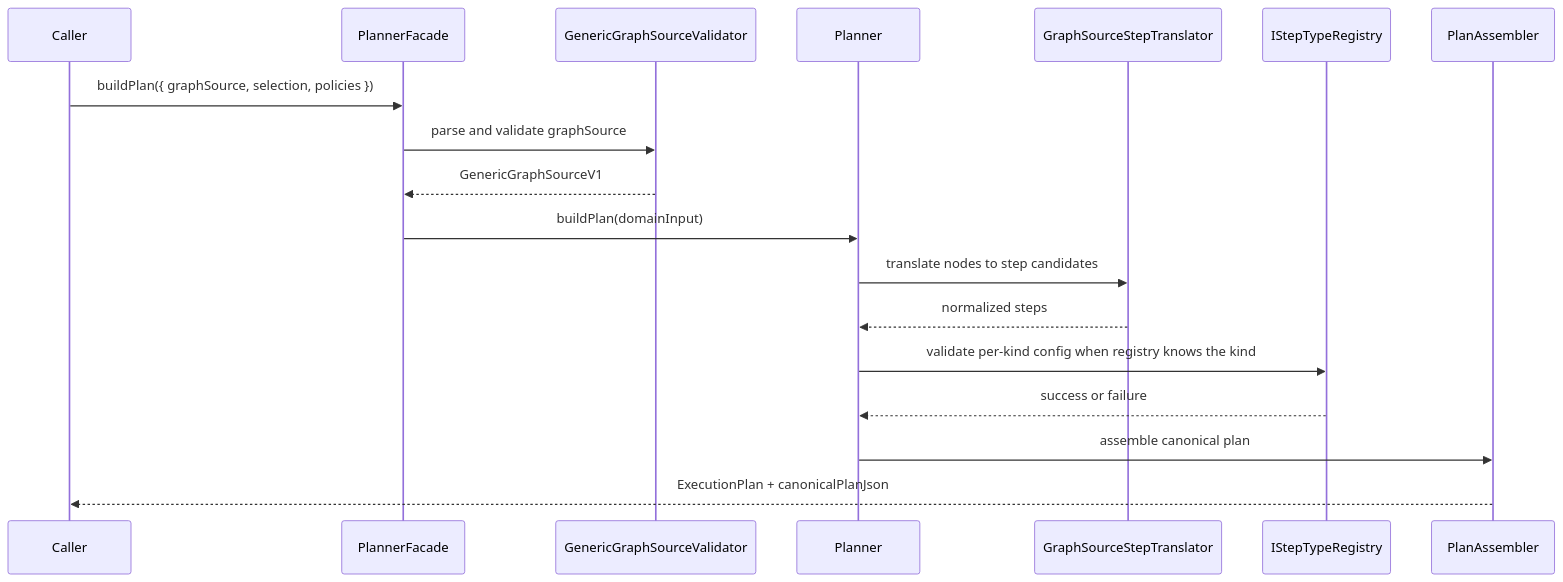
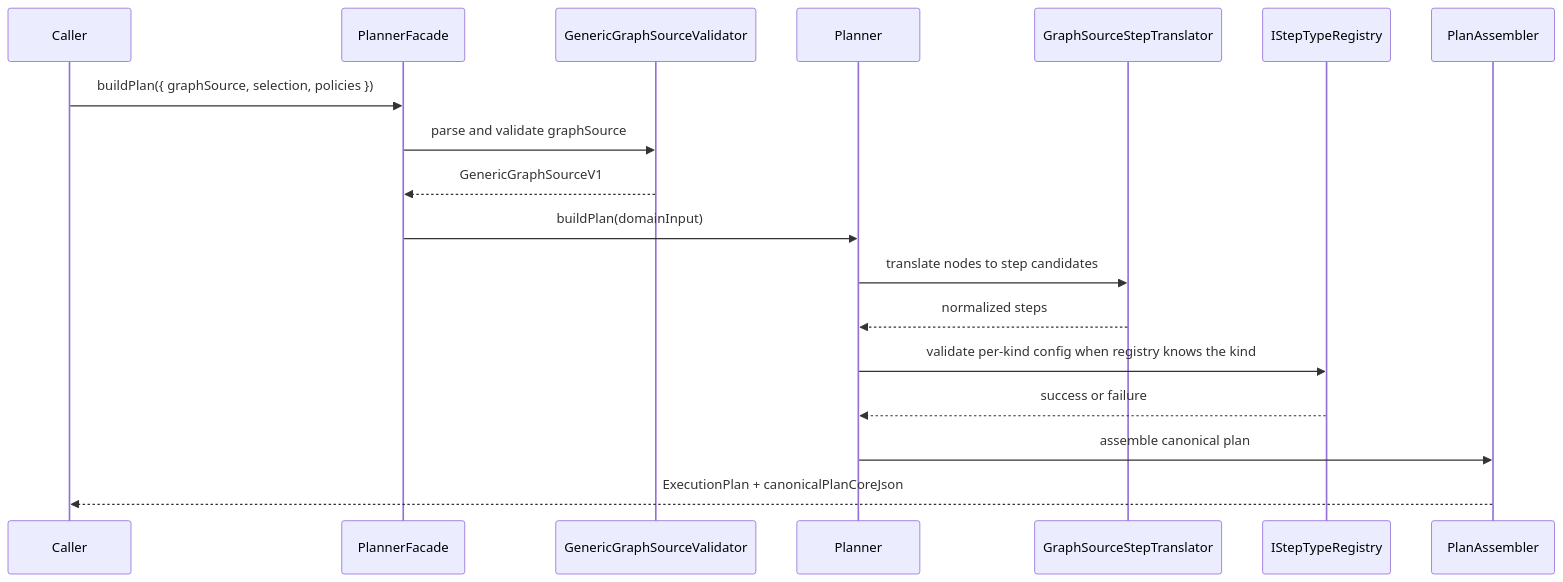
Before and after one commit to dunay2/dvt: the fourth of 5 diagrams in docs/guides/generic-graph-source-technical-manual-20260404.md, drawn with Mermaid. The commit also changed other lines of this file and 31 other files, not shown here.

Commit message:
refactor(contracts): Separate plan-core JSON from persisted plan JSON

````diff
--- a/docs/guides/generic-graph-source-technical-manual-20260404.md
+++ b/docs/guides/generic-graph-source-technical-manual-20260404.md
@@ -174,21 +174,21 @@
 ```mermaid
 sequenceDiagram
   participant Caller
   participant Facade as PlannerFacade
   participant Validator as GenericGraphSourceValidator
   participant Planner as Planner
   participant Translator as GraphSourceStepTranslator
   participant Registry as IStepTypeRegistry
   participant Assembler as PlanAssembler
 
   Caller->>Facade: buildPlan({ graphSource, selection, policies })
   Facade->>Validator: parse and validate graphSource
   Validator-->>Facade: GenericGraphSourceV1
   Facade->>Planner: buildPlan(domainInput)
   Planner->>Translator: translate nodes to step candidates
   Translator-->>Planner: normalized steps
   Planner->>Registry: validate per-kind config when registry knows the kind
   Registry-->>Planner: success or failure
   Planner->>Assembler: assemble canonical plan
-  Assembler-->>Caller: ExecutionPlan + canonicalPlanJson
+  Assembler-->>Caller: ExecutionPlan + canonicalPlanCoreJson
 ```
````
